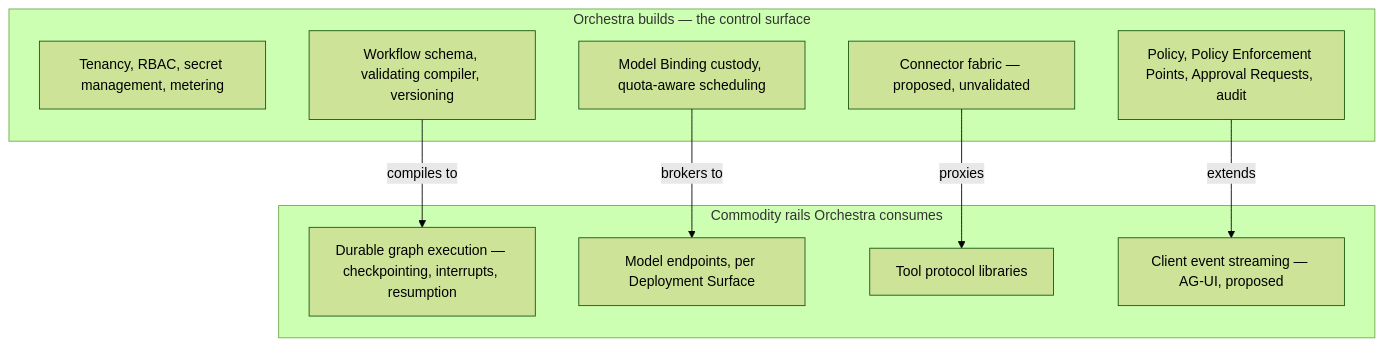
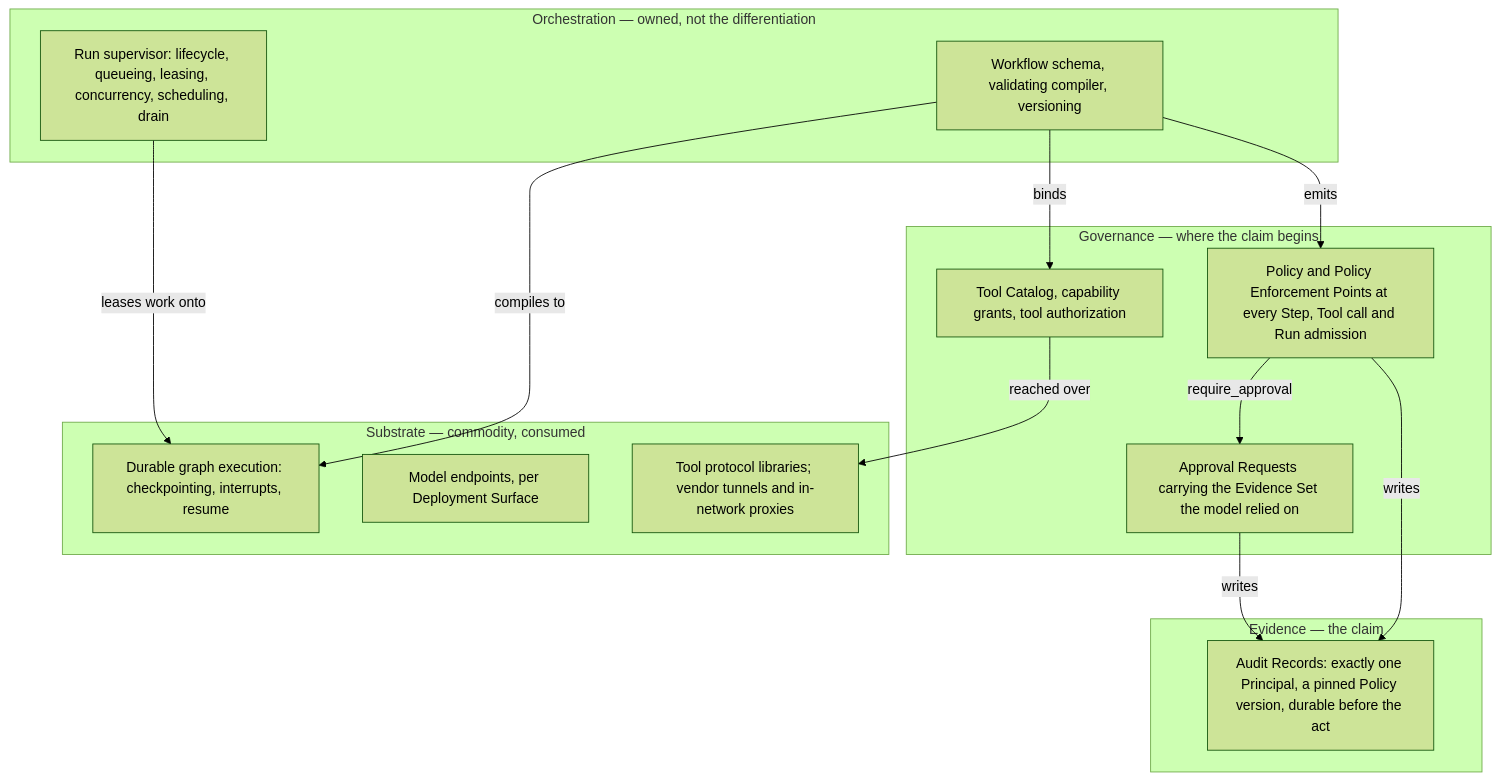
The diagram in docs/00-overview/scope-and-non-goals.md (ayesigapaul/orchestra), drawn with Mermaid (forest theme) before and after one commit. The commit also changed other lines of this file and 19 other files, not shown here.

````diff
--- a/docs/00-overview/scope-and-non-goals.md
+++ b/docs/00-overview/scope-and-non-goals.md
@@ -45,20 +92,28 @@
 ```mermaid
 flowchart TD
-  subgraph BUILD["Orchestra builds — the control surface"]
-    A["Tenancy, RBAC, secret management, metering"]
-    B["Policy, Policy Enforcement Points, Approval Requests, audit"]
-    C["Workflow schema, validating compiler, versioning"]
-    D["Model Binding custody, quota-aware scheduling"]
-    F["Connector fabric — proposed, unvalidated"]
+  subgraph EV["Evidence — the claim"]
+    E1["Audit Records: exactly one Principal, a pinned Policy version, durable before the act"]
   end
-  subgraph RAILS["Commodity rails Orchestra consumes"]
-    G["Durable graph execution — checkpointing, interrupts, resumption"]
-    H["Model endpoints, per Deployment Surface"]
-    I["Tool protocol libraries"]
-    J["Client event streaming — AG-UI, proposed"]
+  subgraph GOV["Governance — where the claim begins"]
+    G1["Policy and Policy Enforcement Points at every Step, Tool call and Run admission"]
+    G2["Approval Requests carrying the Evidence Set the model relied on"]
+    G3["Tool Catalog, capability grants, tool authorization"]
   end
-  C -->|"compiles to"| G
-  D -->|"brokers to"| H
-  F -->|"proxies"| I
-  B -->|"extends"| J
+  subgraph ORCH["Orchestration — owned, not the differentiation"]
+    O1["Workflow schema, validating compiler, versioning"]
+    O2["Run supervisor: lifecycle, queueing, leasing, concurrency, scheduling, drain"]
+  end
+  subgraph SUB["Substrate — commodity, consumed"]
+    S1["Durable graph execution: checkpointing, interrupts, resume"]
+    S2["Model endpoints, per Deployment Surface"]
+    S3["Tool protocol libraries; vendor tunnels and in-network proxies"]
+  end
+  O1 -->|"compiles to"| S1
+  O2 -->|"leases work onto"| S1
+  O1 -->|"emits"| G1
+  O1 -->|"binds"| G3
+  G1 -->|"require_approval"| G2
+  G3 -->|"reached over"| S3
+  G1 -->|"writes"| E1
+  G2 -->|"writes"| E1
 ```
````
